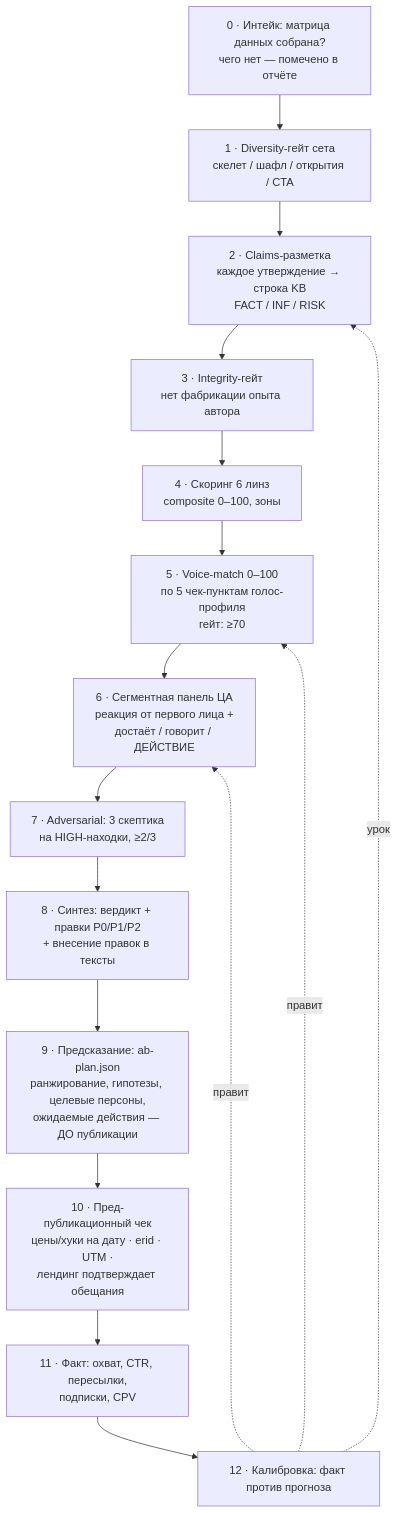
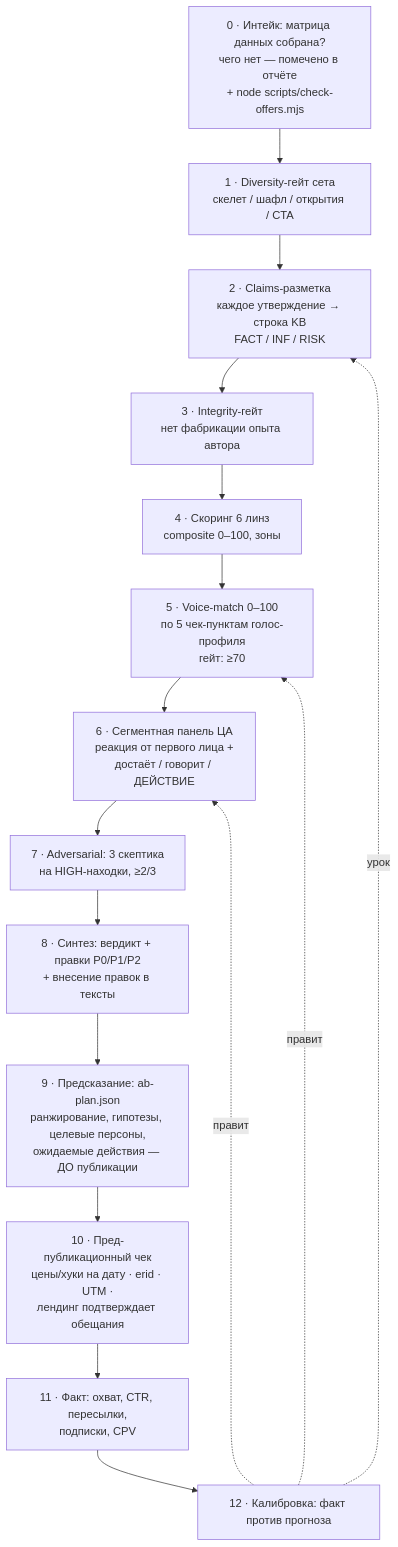
One commit to cryptoyoginya/kaiten-influence changed the diagram in docs/SCORING-PIPELINE.md. Above: the diagram before and after it, drawn with Mermaid. The commit also changed 3 other files, not shown here.

````diff
--- a/docs/SCORING-PIPELINE.md
+++ b/docs/SCORING-PIPELINE.md
@@ -38,18 +38,18 @@
 ```mermaid
 flowchart TD
-    IN["0 · Интейк: матрица данных собрана?<br/>чего нет — помечено в отчёте"] --> G1
+    IN["0 · Интейк: матрица данных собрана?<br/>чего нет — помечено в отчёте<br/>+ node scripts/check-offers.mjs"] --> G1
     G1["1 · Diversity-гейт сета<br/>скелет / шафл / открытия / CTA"] --> G2
     G2["2 · Claims-разметка<br/>каждое утверждение → строка KB<br/>FACT / INF / RISK"] --> G3
     G3["3 · Integrity-гейт<br/>нет фабрикации опыта автора"] --> L
     L["4 · Скоринг 6 линз<br/>composite 0–100, зоны"] --> V
     V["5 · Voice-match 0–100<br/>по 5 чек-пунктам голос-профиля<br/>гейт: ≥70"] --> P
     P["6 · Сегментная панель ЦА<br/>реакция от первого лица +<br/>достаёт / говорит / ДЕЙСТВИЕ"] --> A
     A["7 · Adversarial: 3 скептика<br/>на HIGH-находки, ≥2/3"] --> S
     S["8 · Синтез: вердикт + правки P0/P1/P2<br/>+ внесение правок в тексты"] --> AB
     AB["9 · Предсказание: ab-plan.json<br/>ранжирование, гипотезы, целевые персоны,<br/>ожидаемые действия — ДО публикации"] --> PUB
     PUB["10 · Пред-публикационный чек<br/>цены/хуки на дату · erid · UTM ·<br/>лендинг подтверждает обещания"] --> F
     F["11 · Факт: охват, CTR, пересылки,<br/>подписки, CPV"] --> C
     C["12 · Калибровка: факт против прогноза"] -.->|правит| P
     C -.->|правит| V
     C -.->|урок| G2
 ```
````
